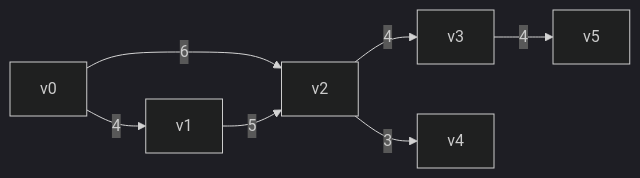
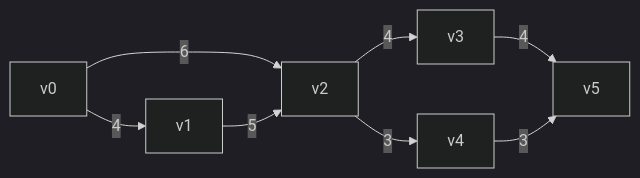
One commit to AK47are/ds-tutorial-exercises changed the second of 2 diagrams in chapter_8/excs.md. Above: the diagram before and after it, drawn with Mermaid (dark theme). The commit also changed other lines of this file and 1 other file, not shown here.

````diff
--- a/chapter_8/excs.md
+++ b/chapter_8/excs.md
@@ -190,9 +219,10 @@
 ```mermaid
 graph LR
     v0--4-->v1;
     v0--6-->v2;
     v1--5-->v2;
     v2--4-->v3;
     v2--3-->v4;
     v3--4-->v5;
+    v4--3-->v5;
 ```
````
